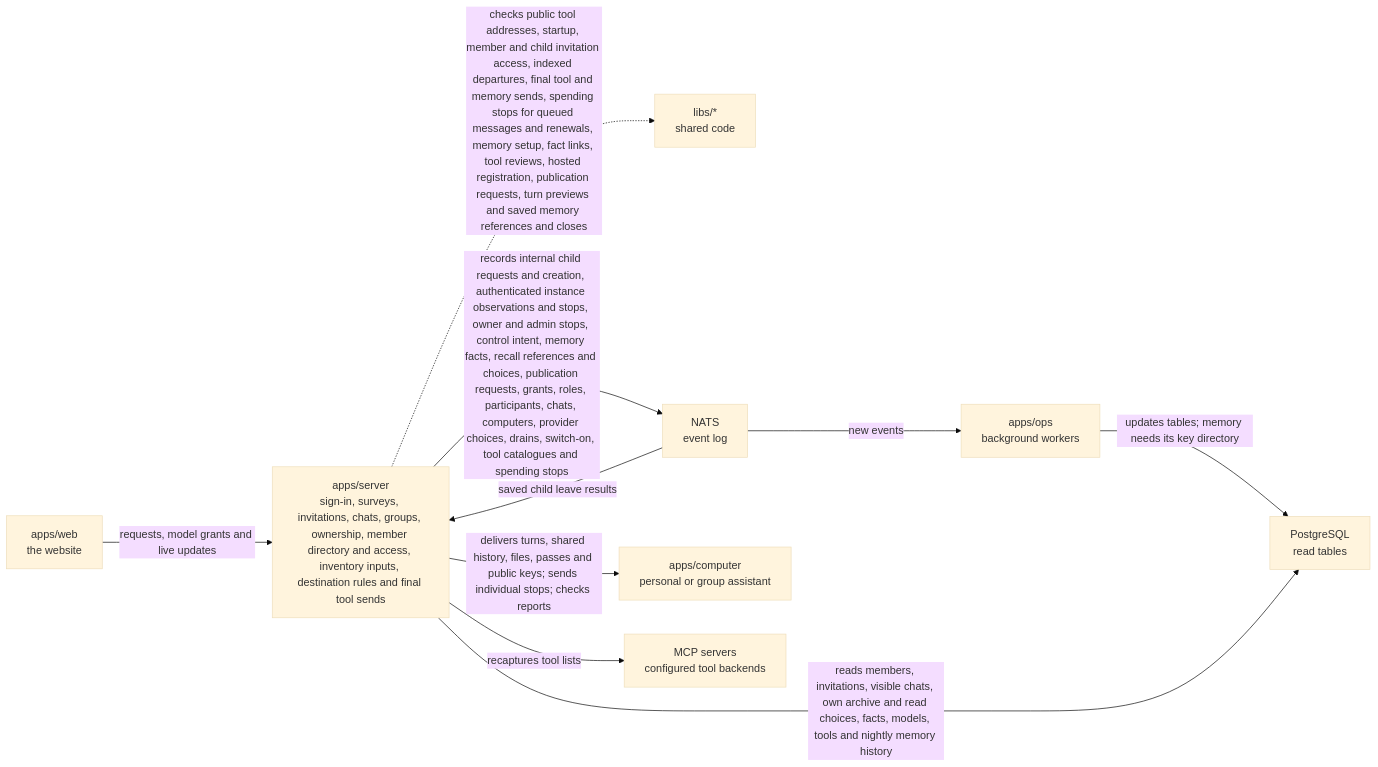
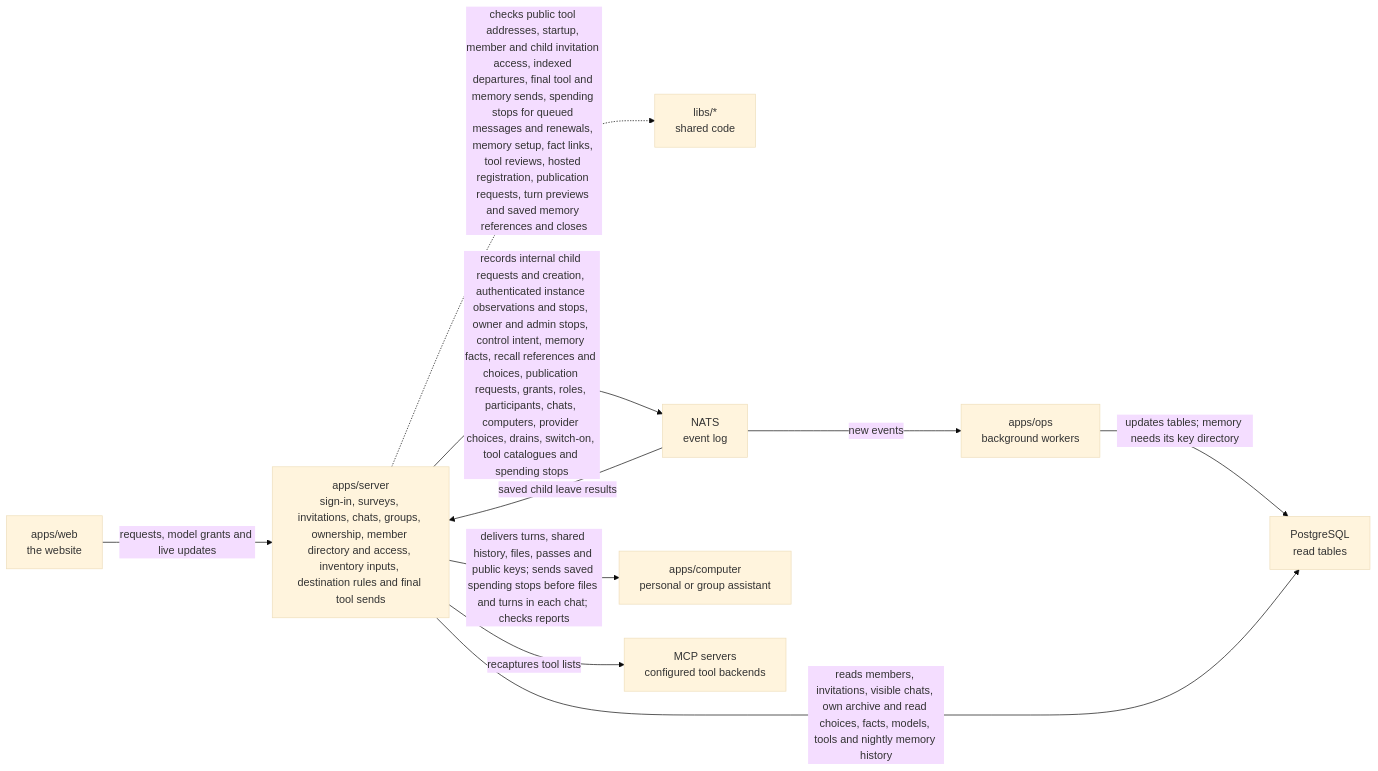
One commit to elewa-git/opencrane-new changed the diagram in apps/server/README.md. Above: the diagram before and after it, drawn with Mermaid (base theme). The commit also changed other lines of this file and 8 other files, not shown here.

Commit message:
🛑 Deliver saved spending stops before chat work and retry lost stops

````diff
--- a/apps/server/README.md
+++ b/apps/server/README.md
@@ -11,12 +11,12 @@
 ```mermaid
 flowchart LR
   web["apps/web<br/>the website"] -->|requests, model grants and live updates| server["apps/server<br/>sign-in, surveys, invitations, chats, groups, ownership, member directory and access, inventory inputs, destination rules and final tool sends"]
   server -.->|checks public tool addresses, startup, member and child invitation access, indexed departures, final tool and memory sends, spending stops for queued messages and renewals, memory setup, fact links, tool reviews, hosted registration, publication requests, turn previews and saved memory references and closes| libs["libs/*<br/>shared code"]
   server -->|records internal child requests and creation, authenticated instance observations and stops, owner and admin stops, control intent, memory facts, recall references and choices, publication requests, grants, roles, participants, chats, computers, provider choices, drains, switch-on, tool catalogues and spending stops| nats["NATS<br/>event log"]
   nats -->|saved child leave results| server
   nats -->|new events| ops["apps/ops<br/>background workers"]
   ops -->|updates tables; memory needs its key directory| postgres["PostgreSQL<br/>read tables"]
   server -->|reads members, invitations, visible chats, own archive and read choices, facts, models, tools and nightly memory history| postgres
-  server -->|delivers turns, shared history, files, passes and public keys; sends individual stops; checks reports| computer["apps/computer<br/>personal or group assistant"]
+  server -->|delivers turns, shared history, files, passes and public keys; sends saved spending stops before files and turns in each chat; checks reports| computer["apps/computer<br/>personal or group assistant"]
   server -->|recaptures tool lists| mcp["MCP servers<br/>configured tool backends"]
 ```
````
